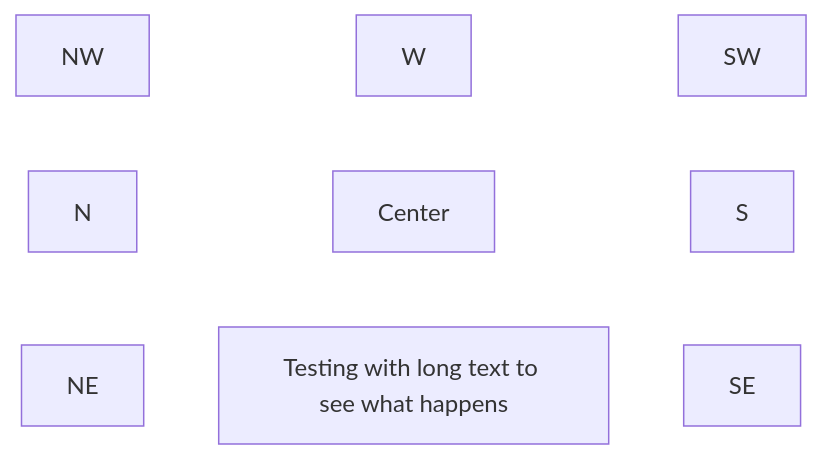
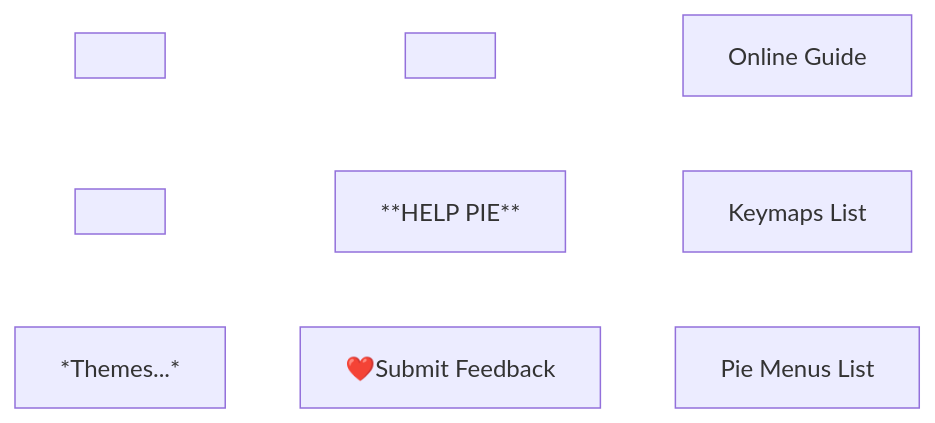
Diagram 19 of 19 in Documentation/Blue Hole Pie Menus.md (ispaure/BlueHoleDeluxePrefs), drawn with Mermaid before and after one commit. The commit also changed other lines of this file and 1 other file, not shown here.

Commit message:
Updated pie menu documentation. Added license file

````diff
--- a/Documentation/Blue Hole Pie Menus.md
+++ b/Documentation/Blue Hole Pie Menus.md
@@ -62,24 +563,24 @@
 ```mermaid
 graph TD
 
     %% Nodes
-    NW["NW"]
-    N["N"]
-    NE["NE"]
+    NW[" "]
+    W[" "]
+    SW["*Themes...*"]
 
-    W["W"]
-    C["Center"]
-    E["Testing with long text to see what happens"]
+    N[" "]
+    C["**HELP PIE**"]
+    S["❤️Submit Feedback"]
 
-    SW["SW"]
-    S["S"]
-    SE["SE"]
+    NE["Online Guide"]
+    E["Keymaps List"]
+    SE["Pie Menus List"]
 
     %% Fake links for positioning
-    NW --- N --- NE
-    W --- C --- E
-    SW --- S --- SE
+    NW --- W --- SW
+    N --- C --- S
+    NE --- E --- SE
 
     %% Hide all connectors AND arrowheads
     linkStyle default stroke:transparent,stroke-width:0;
 ```
````
